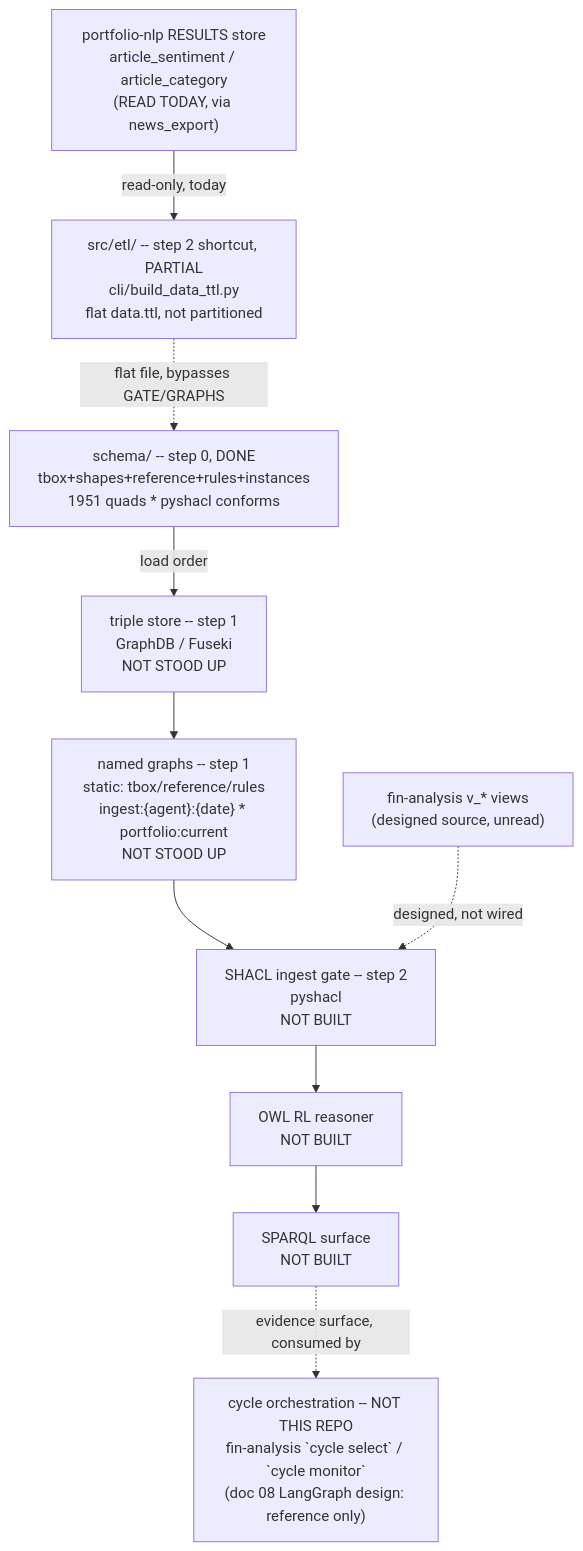
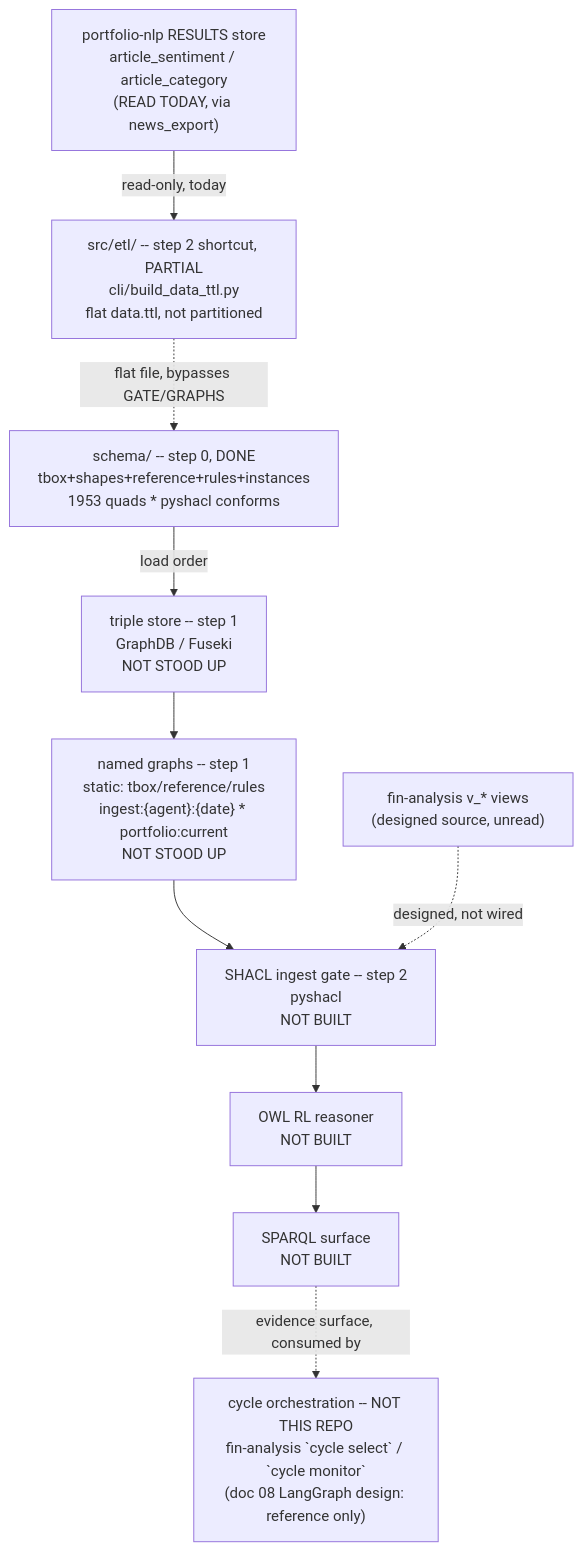
Before and after one commit to gamug/portfolio-knowledge-graph: the diagram in .specify/memory/SPEC.md, drawn with Mermaid. The commit also changed other lines of this file and 11 other files, not shown here.

Commit message:
feat(schema): rename agentOrigin QUANTITATIVE to VALORIZATION (T-105)

````diff
--- a/.specify/memory/SPEC.md
+++ b/.specify/memory/SPEC.md
@@ -298,20 +298,20 @@
 ```mermaid
 flowchart TB
-    SCHEMA["schema/ -- step 0, DONE<br/>tbox+shapes+reference+rules+instances<br/>1951 quads * pyshacl conforms"]
+    SCHEMA["schema/ -- step 0, DONE<br/>tbox+shapes+reference+rules+instances<br/>1953 quads * pyshacl conforms"]
     STORE["triple store -- step 1<br/>GraphDB / Fuseki<br/>NOT STOOD UP"]
     GRAPHS["named graphs -- step 1<br/>static: tbox/reference/rules<br/>ingest:{agent}:{date} * portfolio:current<br/>NOT STOOD UP"]
     GATE["SHACL ingest gate -- step 2<br/>pyshacl<br/>NOT BUILT"]
     FIN["fin-analysis v_* views<br/>(designed source, unread)"]
     NLPRES["portfolio-nlp RESULTS store<br/>article_sentiment / article_category<br/>(READ TODAY, via news_export)"]
     ETL["src/etl/ -- step 2 shortcut, PARTIAL<br/>cli/build_data_ttl.py<br/>flat data.ttl, not partitioned"]
     REASON["OWL RL reasoner<br/>NOT BUILT"]
     SPARQL["SPARQL surface<br/>NOT BUILT"]
     AGENTS["cycle orchestration -- NOT THIS REPO<br/>fin-analysis `cycle select` / `cycle monitor`<br/>(doc 08 LangGraph design: reference only)"]
 
     SCHEMA -->|load order| STORE --> GRAPHS --> GATE
     FIN -.->|designed, not wired| GATE
     NLPRES -->|read-only, today| ETL
     ETL -.->|flat file, bypasses GATE/GRAPHS| SCHEMA
     GATE --> REASON --> SPARQL
     SPARQL -.->|evidence surface, consumed by| AGENTS
 ```
````
